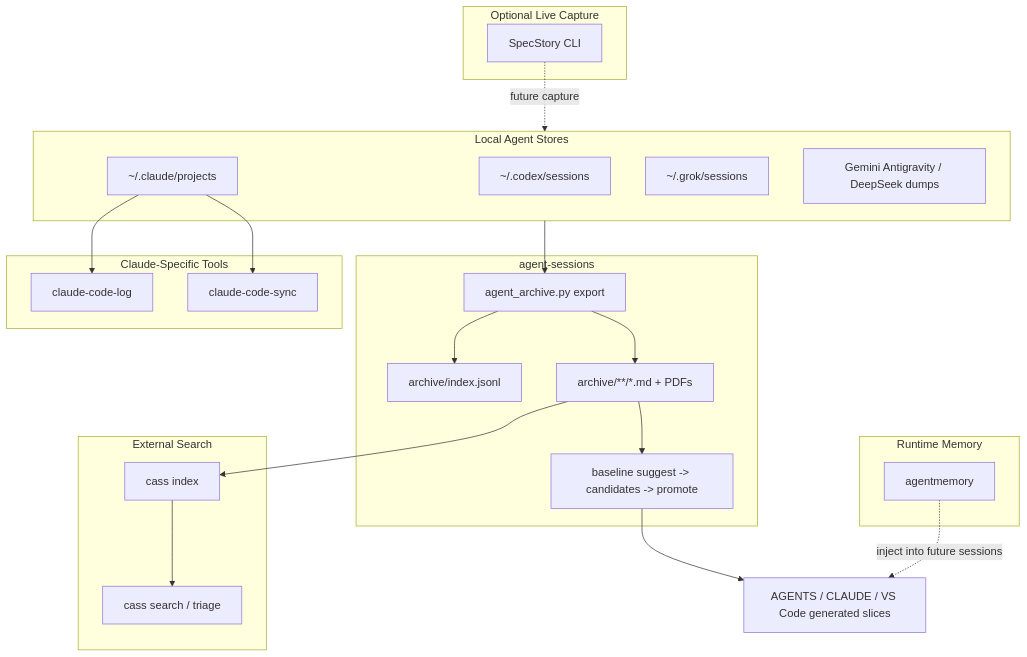
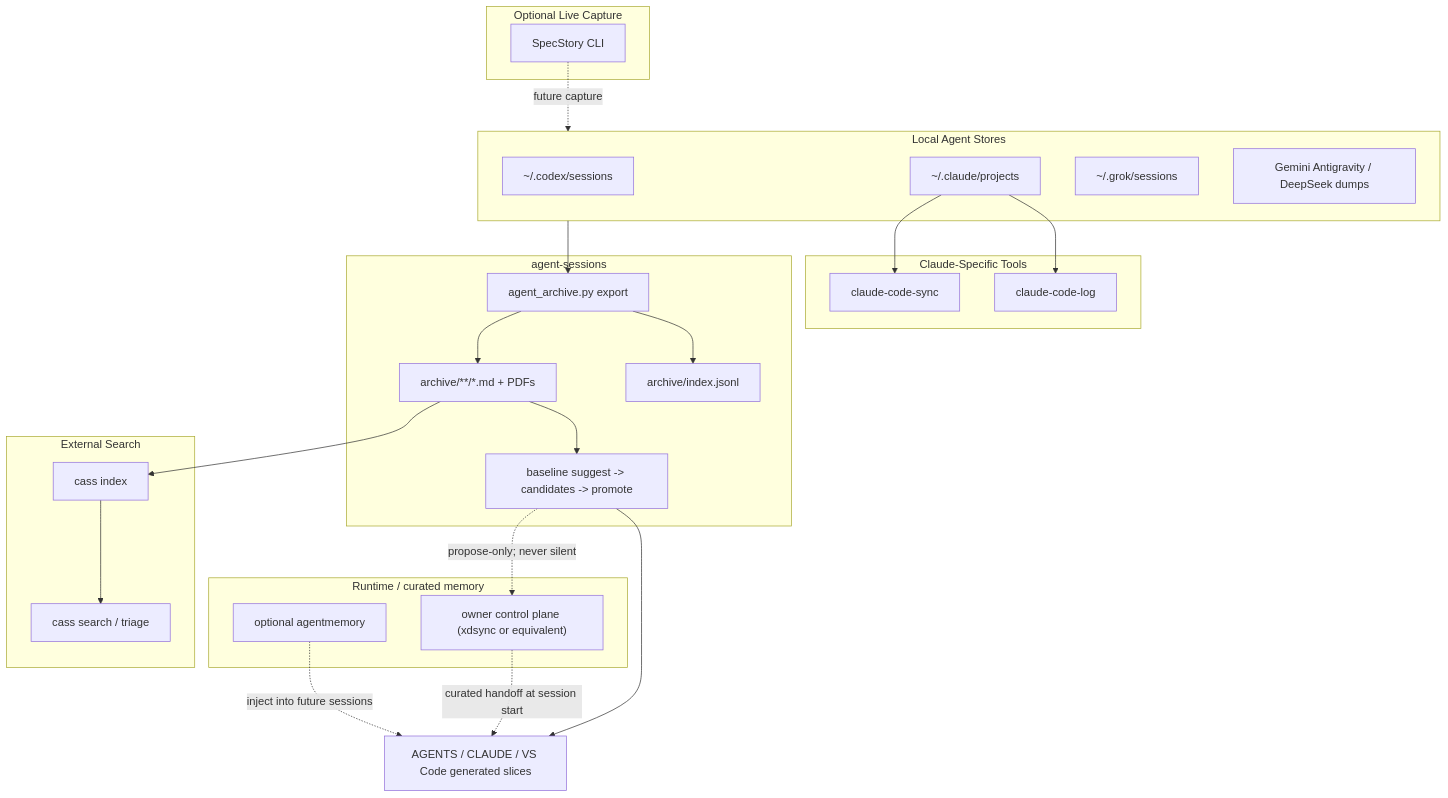
The diagram in docs/COMPOSE_STACK.md (avidullu/agent-sessions), drawn with Mermaid before and after one commit. The commit also changed other lines of this file and 5 other files, not shown here.

````diff
--- a/docs/COMPOSE_STACK.md
+++ b/docs/COMPOSE_STACK.md
@@ -25,46 +29,49 @@
 ```mermaid
 flowchart TB
   subgraph sources["Local Agent Stores"]
     Codex["~/.codex/sessions"]
     Claude["~/.claude/projects"]
     Grok["~/.grok/sessions"]
     Other["Gemini Antigravity / DeepSeek dumps"]
   end
 
   subgraph capture["Optional Live Capture"]
     SpecStory["SpecStory CLI"]
   end
 
   subgraph archive["agent-sessions"]
     Export["agent_archive.py export"]
     Index["archive/index.jsonl"]
     Markdown["archive/**/*.md + PDFs"]
     Baseline["baseline suggest -> candidates -> promote"]
   end
 
   subgraph discover["External Search"]
     CassIndex["cass index"]
     CassSearch["cass search / triage"]
   end
 
   subgraph claudeux["Claude-Specific Tools"]
     CCL["claude-code-log"]
     CCS["claude-code-sync"]
   end
 
-  subgraph memory["Runtime Memory"]
-    AgentMemory["agentmemory"]
+  subgraph memory["Runtime / curated memory"]
+    AgentMemory["optional agentmemory"]
+    ControlPlane["owner control plane (xdsync or equivalent)"]
   end
 
   sources --> Export
   SpecStory -.->|future capture| sources
   Export --> Index
   Export --> Markdown
   Markdown --> Baseline
   Markdown --> CassIndex
   CassIndex --> CassSearch
   Claude --> CCL
   Claude --> CCS
   Baseline --> Agents["AGENTS / CLAUDE / VS Code generated slices"]
   AgentMemory -.->|inject into future sessions| Agents
+  Baseline -.->|propose-only; never silent| ControlPlane
+  ControlPlane -.->|curated handoff at session start| Agents
 ```
````
